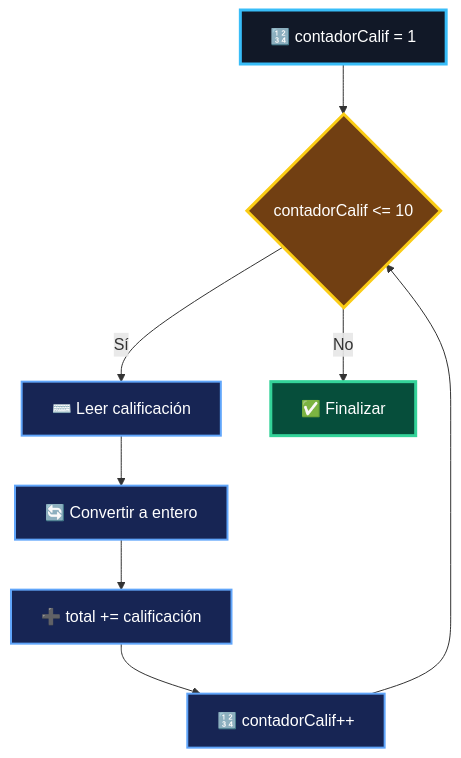
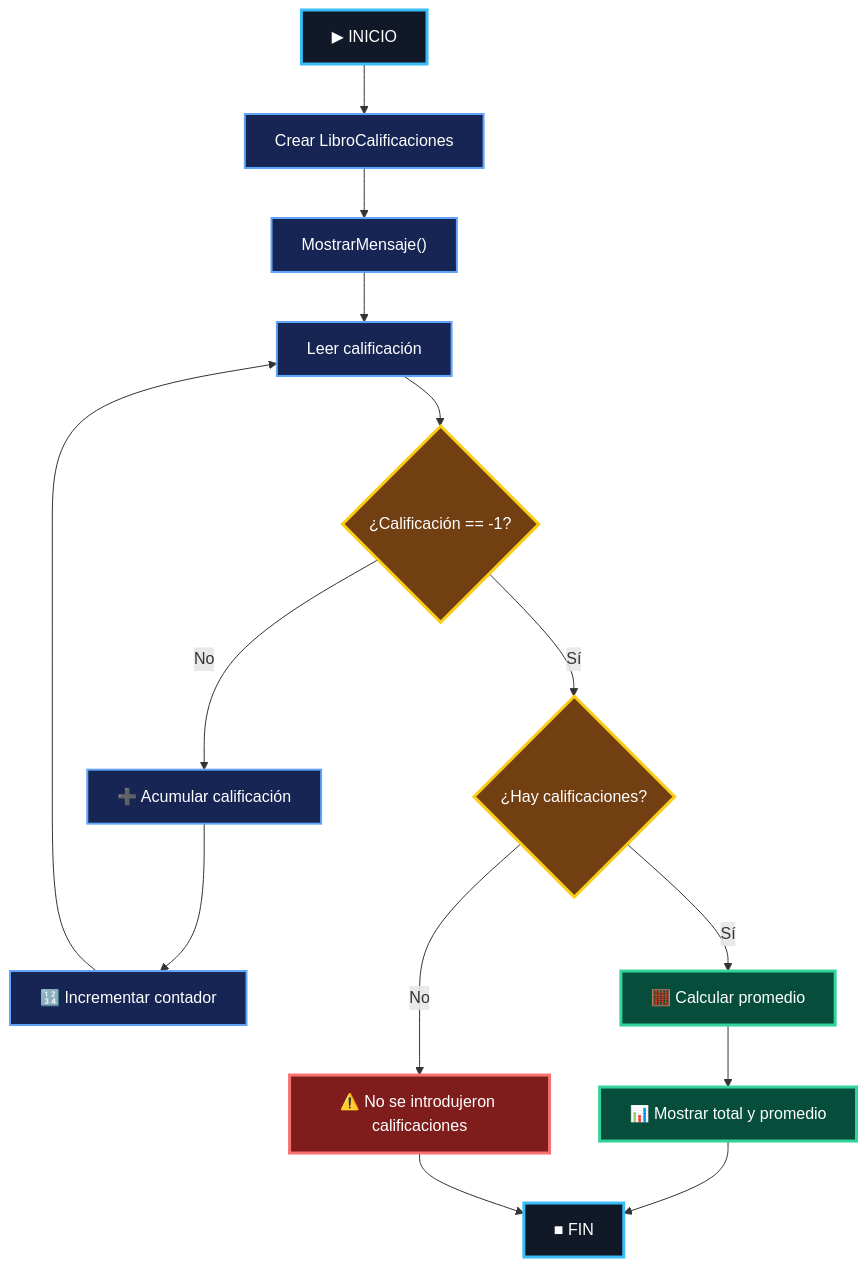
Before and after one commit to VITIDEV06/Actividad-C-SHARP-Libreta-de-Calificaciones-Hojas-Impresas: the fourth of 6 diagrams in README.md, drawn with Mermaid. The commit also changed other lines of this file, not shown here.

````diff
--- a/README.md
+++ b/README.md
@@ -339,21 +322,35 @@
 ```mermaid
 flowchart TD
 
-    A["🔢 contadorCalif = 1"] --> B{"contadorCalif <= 10"}
-    B -- "Sí" --> C["⌨️ Leer calificación"]
-    C --> D["🔄 Convertir a entero"]
-    D --> E["➕ total += calificación"]
-    E --> F["🔢 contadorCalif++"]
-    F --> B
-    B -- "No" --> G["✅ Finalizar"]
+    A["▶ INICIO"] --> B["Crear LibroCalificaciones"]
+    B --> C["MostrarMensaje()"]
+    C --> D["Leer calificación"]
+
+    D --> E{"¿Calificación == -1?"}
+
+    E -- "No" --> F["➕ Acumular calificación"]
+    F --> G["🔢 Incrementar contador"]
+    G --> D
+
+    E -- "Sí" --> H{"¿Hay calificaciones?"}
+
+    H -- "Sí" --> I["🧮 Calcular promedio"]
+    I --> J["📊 Mostrar total y promedio"]
+
+    H -- "No" --> K["⚠️ No se introdujeron calificaciones"]
+
+    J --> L["■ FIN"]
+    K --> L
 
     classDef start fill:#111827,stroke:#38BDF8,color:#FFFFFF,stroke-width:3px;
+    classDef process fill:#172554,stroke:#60A5FA,color:#FFFFFF,stroke-width:2px;
     classDef condition fill:#713F12,stroke:#FACC15,color:#FFFFFF,stroke-width:3px;
-    classDef process fill:#172554,stroke:#60A5FA,color:#FFFFFF,stroke-width:2px;
-    classDef finish fill:#064E3B,stroke:#34D399,color:#FFFFFF,stroke-width:3px;
+    classDef result fill:#064E3B,stroke:#34D399,color:#FFFFFF,stroke-width:3px;
+    classDef warning fill:#7F1D1D,stroke:#F87171,color:#FFFFFF,stroke-width:3px;
 
-    class A start;
-    class B condition;
-    class C,D,E,F process;
-    class G finish;
+    class A,L start;
+    class B,C,D,F,G process;
+    class E,H condition;
+    class I,J result;
+    class K warning;
 ```
````
